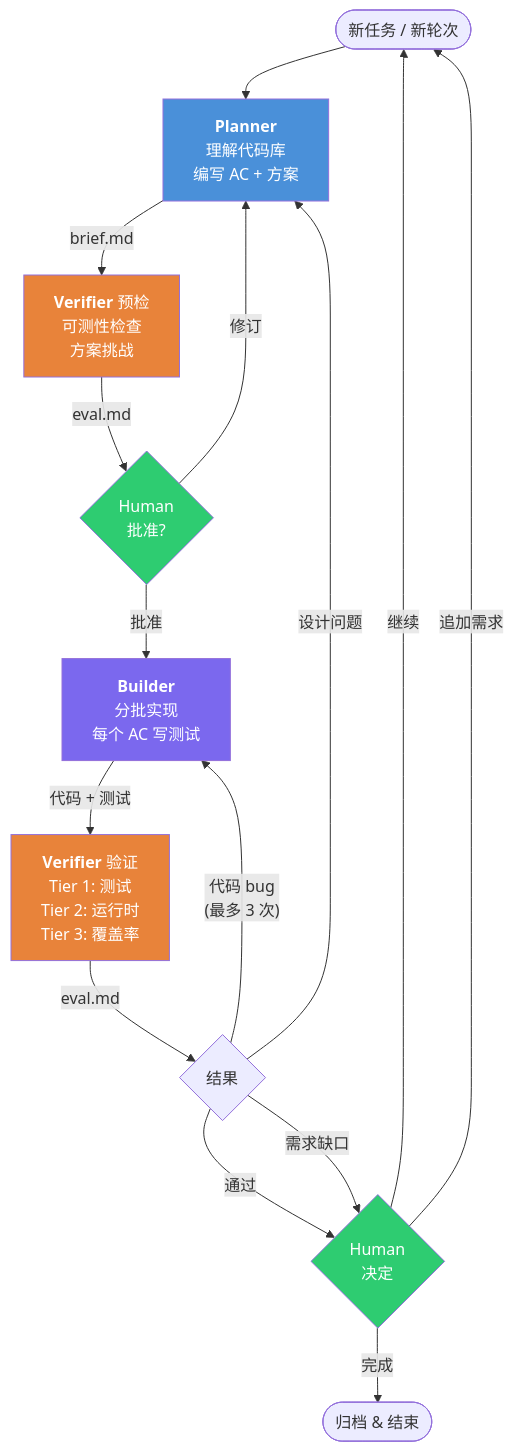
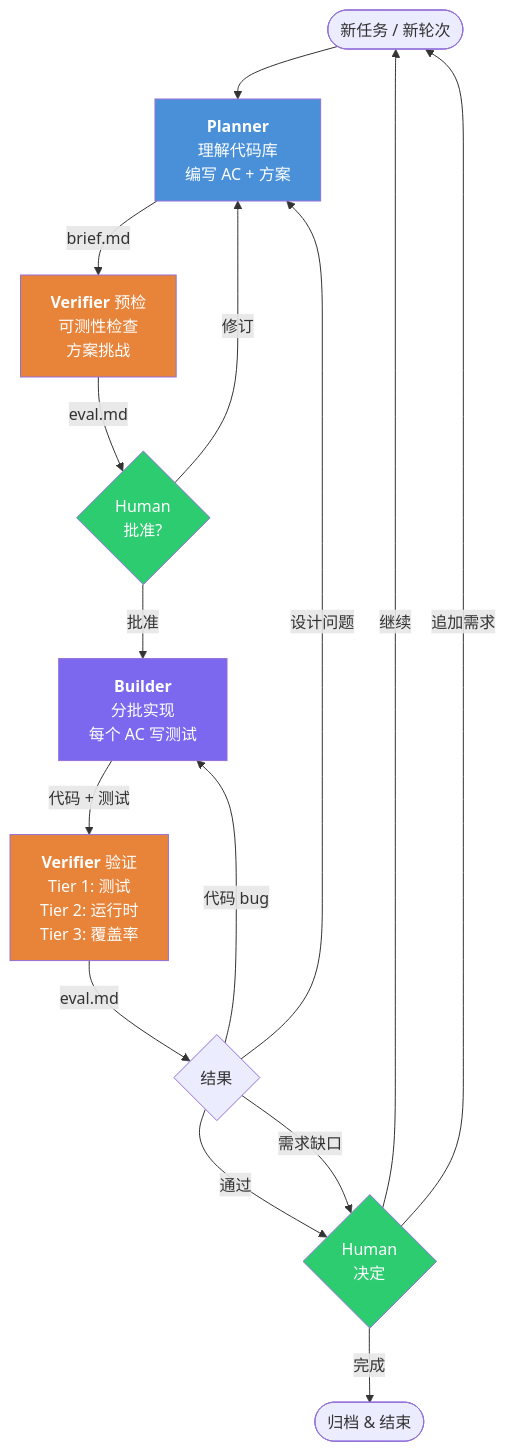
One commit to hex1n/baton changed the first of 2 diagrams in README.zh-CN.md. Above: the diagram before and after it, drawn with Mermaid. The commit also changed other lines of this file and 3 other files, not shown here.

````diff
--- a/README.zh-CN.md
+++ b/README.zh-CN.md
@@ -47,29 +50,29 @@
 ```mermaid
 flowchart TD
     Start([新任务 / 新轮次]) --> Planner
     Planner["<b>Planner</b><br/>理解代码库<br/>编写 AC + 方案"] -->|brief.md| PreFlight
     PreFlight["<b>Verifier</b> 预检<br/>可测性检查<br/>方案挑战"] -->|eval.md| HumanApprove
     HumanApprove{Human<br/>批准?}
     HumanApprove -->|修订| Planner
     HumanApprove -->|批准| Builder
     Builder["<b>Builder</b><br/>分批实现<br/>每个 AC 写测试"] -->|代码 + 测试| Verify
     Verify["<b>Verifier</b> 验证<br/>Tier 1: 测试<br/>Tier 2: 运行时<br/>Tier 3: 覆盖率"] -->|eval.md| Verdict
 
     Verdict{结果}
     Verdict -->|"通过"| HumanNext
-    Verdict -->|"代码 bug<br/>(最多 3 次)"| Builder
+    Verdict -->|"代码 bug"| Builder
     Verdict -->|"设计问题"| Planner
     Verdict -->|"需求缺口"| HumanNext
 
     HumanNext{Human<br/>决定}
     HumanNext -->|继续| Start
     HumanNext -->|追加需求| Start
     HumanNext -->|完成| Archive([归档 & 结束])
 
     style Planner fill:#4A90D9,color:#fff
     style Builder fill:#7B68EE,color:#fff
     style PreFlight fill:#E8833A,color:#fff
     style Verify fill:#E8833A,color:#fff
     style HumanApprove fill:#2ECC71,color:#fff
     style HumanNext fill:#2ECC71,color:#fff
 ```
````
